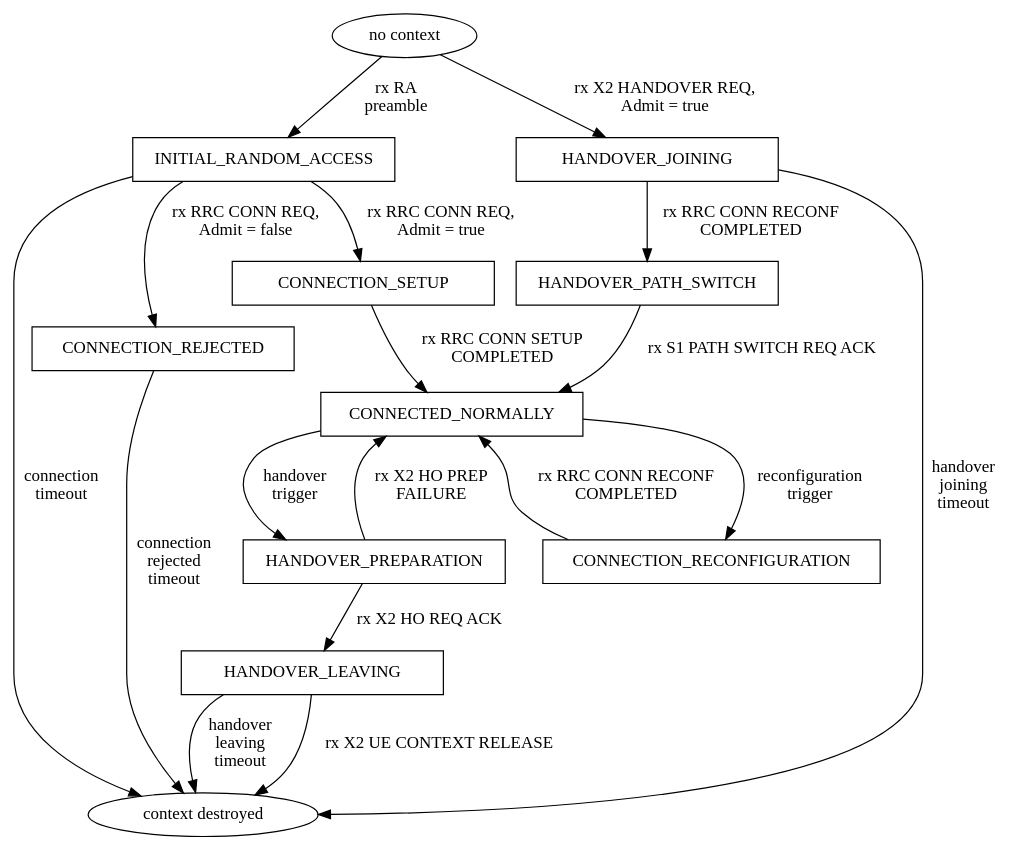
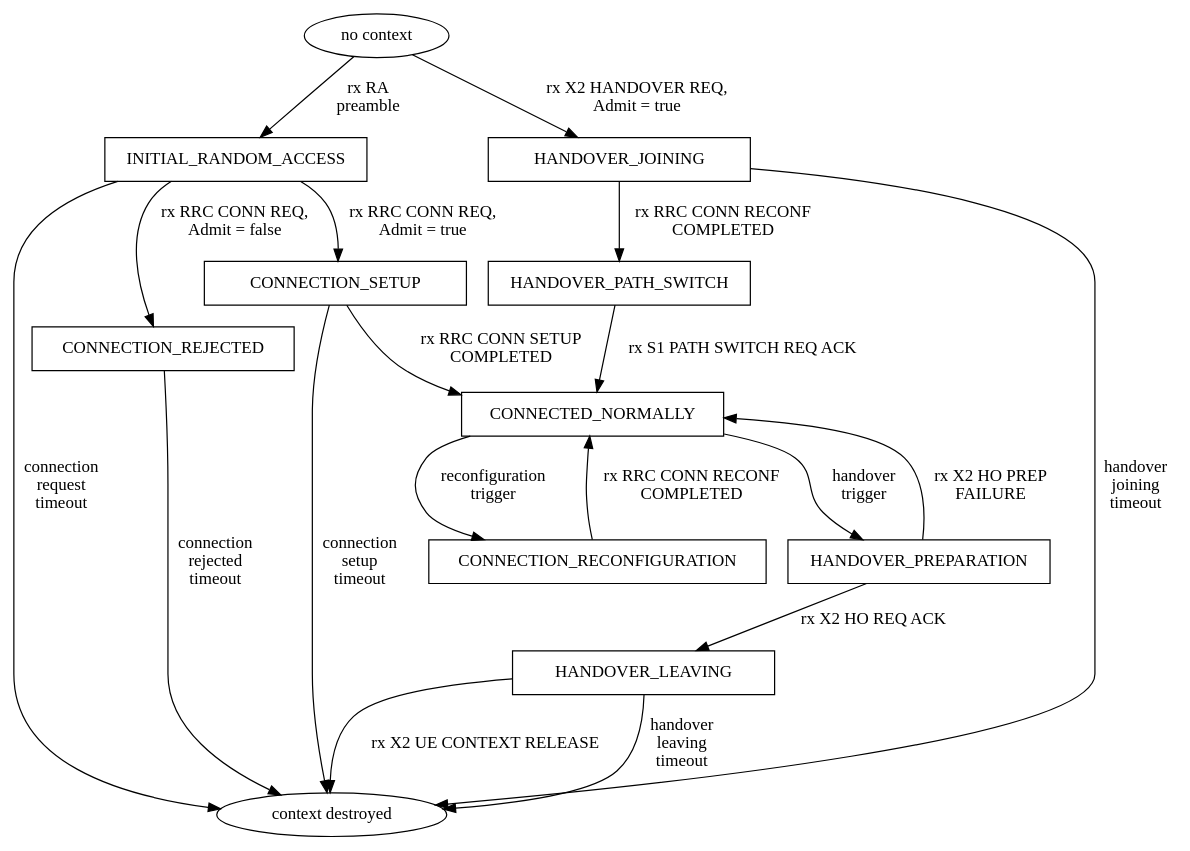
The diagram in src/lte/doc/source/figures/lte-enb-rrc-states.dot (tkn-tub/ns3-gym), drawn with Graphviz before and after one commit. The commit also changed 10 other files, not shown here.

```diff
--- a/src/lte/doc/source/figures/lte-enb-rrc-states.dot
+++ b/src/lte/doc/source/figures/lte-enb-rrc-states.dot
@@ -1,40 +1,41 @@
 digraph LteEnbRrcStates {
 
 
 NO_CONTEXT [shape="ellipse", label="no context"]
 INITIAL_RANDOM_ACCESS [shape="box",width=3]
 CONNECTION_SETUP [shape="box",width=3]
 CONNECTION_REJECTED [shape="box",width=3] 
 CONNECTED_NORMALLY [shape="box",width=3] 
 CONNECTION_RECONFIGURATION [shape="box",width=3] 
 HANDOVER_PREPARATION [shape="box",width=3] 
 HANDOVER_JOINING [shape="box",width=3] 
 HANDOVER_PATH_SWITCH [shape="box",width=3] 
 HANDOVER_LEAVING [shape="box",width=3]
 CONTEXT_DESTROYED [shape="ellipse", label="context destroyed"]
 
 // connection establishment
 NO_CONTEXT -> INITIAL_RANDOM_ACCESS [label="rx RA\npreamble"]
 INITIAL_RANDOM_ACCESS -> CONNECTION_REJECTED [label="rx RRC CONN REQ,\nAdmit = false"]
 CONNECTION_REJECTED -> CONTEXT_DESTROYED [label="connection\nrejected\ntimeout"]
-INITIAL_RANDOM_ACCESS -> CONTEXT_DESTROYED [label="connection\ntimeout"]
+INITIAL_RANDOM_ACCESS -> CONTEXT_DESTROYED [label="connection\nrequest\ntimeout"]
 INITIAL_RANDOM_ACCESS -> CONNECTION_SETUP [label="rx RRC CONN REQ,\nAdmit = true"]
+CONNECTION_SETUP -> CONTEXT_DESTROYED [label="connection\nsetup\ntimeout"]
 CONNECTION_SETUP -> CONNECTED_NORMALLY [label="rx RRC CONN SETUP\nCOMPLETED"]
 CONNECTED_NORMALLY -> CONNECTION_RECONFIGURATION [label="reconfiguration\ntrigger"]
 CONNECTION_RECONFIGURATION -> CONNECTED_NORMALLY [label="rx RRC CONN RECONF\nCOMPLETED"]
 
 // leaving because of handover
 CONNECTED_NORMALLY -> HANDOVER_PREPARATION [label="handover\ntrigger"]
 HANDOVER_PREPARATION -> CONNECTED_NORMALLY [label="rx X2 HO PREP\nFAILURE"]
 HANDOVER_PREPARATION -> HANDOVER_LEAVING [label="rx X2 HO REQ ACK"]
 HANDOVER_LEAVING -> CONTEXT_DESTROYED [label="rx X2 UE CONTEXT RELEASE"]
 HANDOVER_LEAVING -> CONTEXT_DESTROYED [label="handover\nleaving\ntimeout"]
 
 // joining because of handover
 NO_CONTEXT -> HANDOVER_JOINING [label="rx X2 HANDOVER REQ,\nAdmit = true"]
 HANDOVER_JOINING -> HANDOVER_PATH_SWITCH [label="rx RRC CONN RECONF\nCOMPLETED"]
 HANDOVER_JOINING -> CONTEXT_DESTROYED [label="handover\njoining\ntimeout"]
 HANDOVER_PATH_SWITCH -> CONNECTED_NORMALLY [label="rx S1 PATH SWITCH REQ ACK"]
 
 
 }
```
